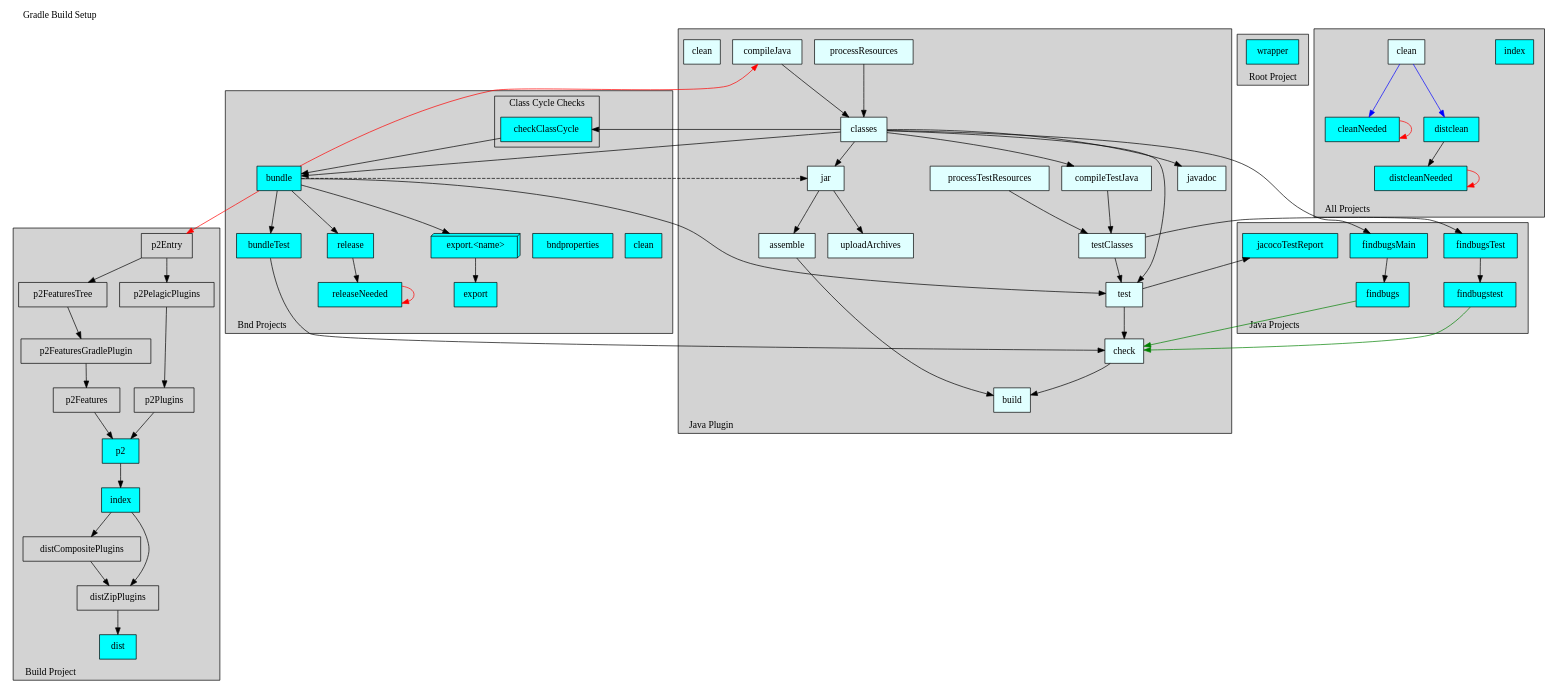
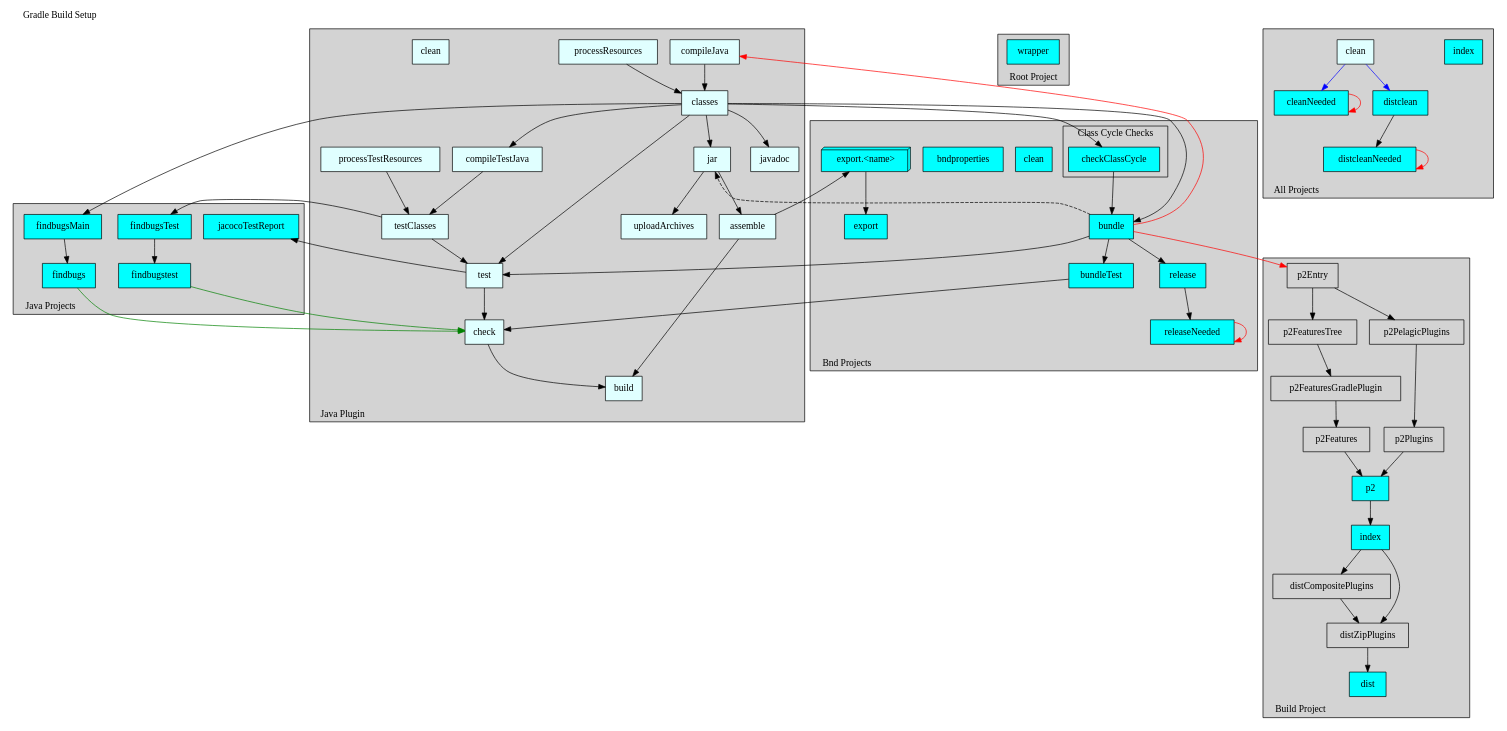
The diagram in cnf/gradle/doc/pelagic.dot (paulvi/bndtoolsPlugins), drawn with Graphviz before and after one commit. The commit also changed 7 other files, not shown here.

Commit message:
gradle: make the export.<name> tasks depend on assemble

```diff
--- a/cnf/gradle/doc/pelagic.dot
+++ b/cnf/gradle/doc/pelagic.dot
@@ -109,7 +109,7 @@
     bundle                 -> bundleTest
     bundle                 -> test
     bundle                 -> release
-    bundle                 -> exportX
+    assemble               -> exportX
     exportX                -> export
     bundleTest             -> check
     release                -> releaseNeeded
```
